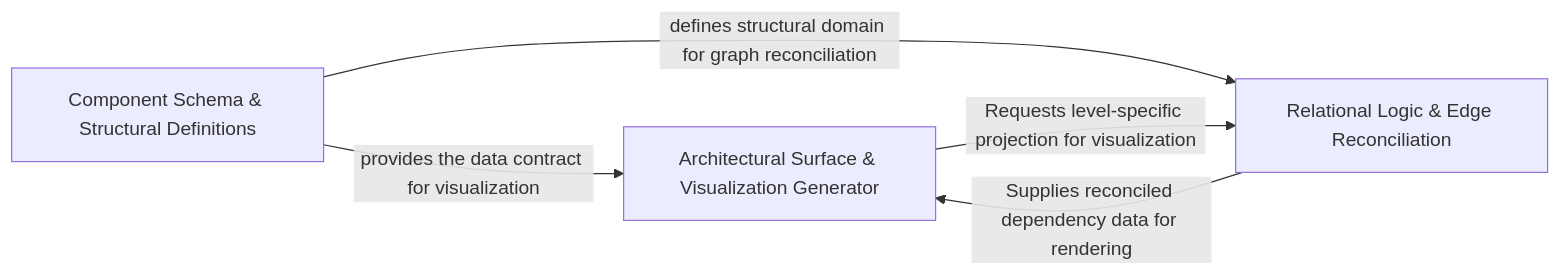
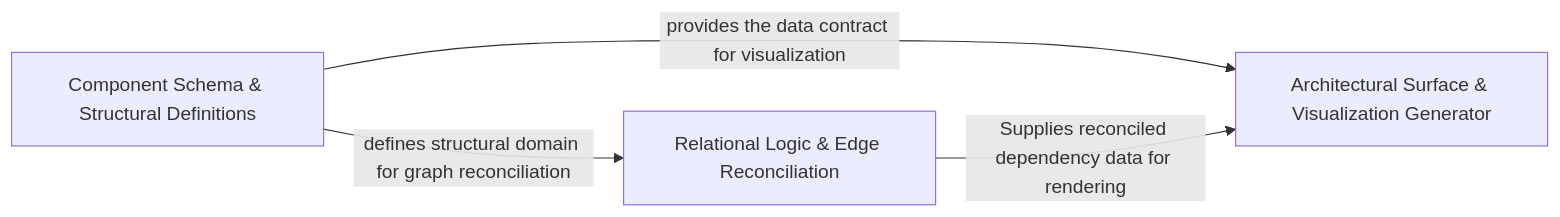
Before and after one commit to CodeBoarding/CodeBoarding: the diagram in .codeboarding/Component_Modeling_API_Definition.md, drawn with Mermaid. The commit also changed other lines of this file and 21 other files, not shown here.

Commit message:
chore(codeboarding): sync architecture baseline

````diff
--- a/.codeboarding/Component_Modeling_API_Definition.md
+++ b/.codeboarding/Component_Modeling_API_Definition.md
@@ -1,10 +1,9 @@
 ```mermaid
 graph LR
     Component_Schema_Structural_Definitions["Component Schema & Structural Definitions"]
     Architectural_Surface_Visualization_Generator["Architectural Surface & Visualization Generator"]
     Relational_Logic_Edge_Reconciliation["Relational Logic & Edge Reconciliation"]
     Component_Schema_Structural_Definitions -- "provides the data contract for visualization" --> Architectural_Surface_Visualization_Generator
     Component_Schema_Structural_Definitions -- "defines structural domain for graph reconciliation" --> Relational_Logic_Edge_Reconciliation
-    Architectural_Surface_Visualization_Generator -- "Requests level-specific projection for visualization" --> Relational_Logic_Edge_Reconciliation
     Relational_Logic_Edge_Reconciliation -- "Supplies reconciled dependency data for rendering" --> Architectural_Surface_Visualization_Generator
 ```
````
